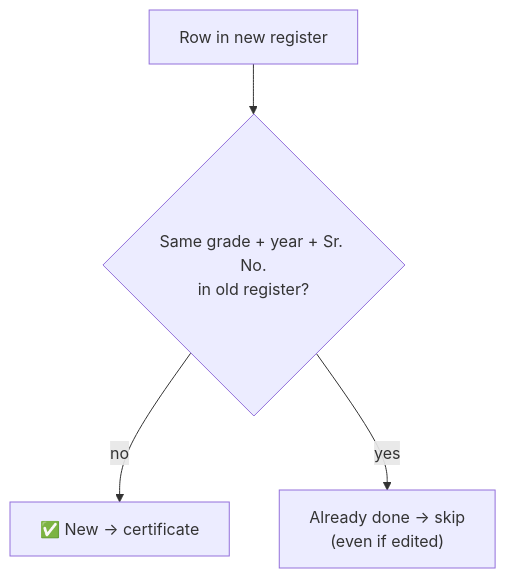
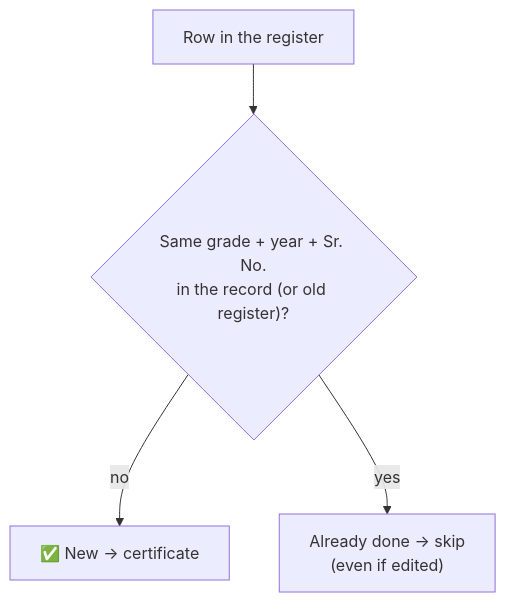
Before and after one commit to anant-jp2007/reportGenerator: the second of 5 diagrams in README.md, drawn with Mermaid. The commit also changed other lines of this file and 24 other files, not shown here.

````diff
--- a/README.md
+++ b/README.md
@@ -60,6 +73,6 @@
 ```mermaid
 flowchart TD
-    R["Row in new register"] --> K{"Same grade + year + Sr. No.<br/>in old register?"}
+    R["Row in the register"] --> K{"Same grade + year + Sr. No.<br/>in the record (or old register)?"}
     K -- "no" --> N["✅ New → certificate"]
     K -- "yes" --> O["Already done → skip<br/>(even if edited)"]
 ```
````
